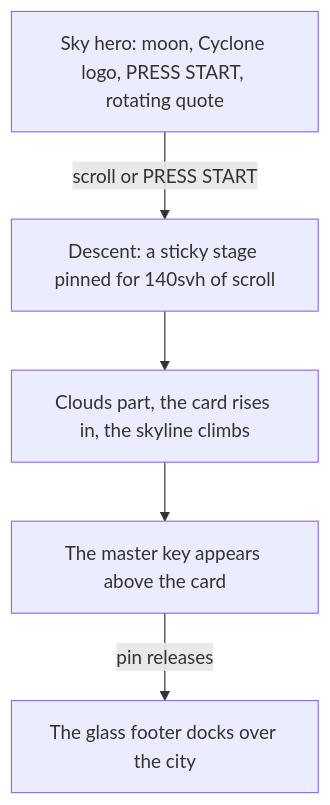
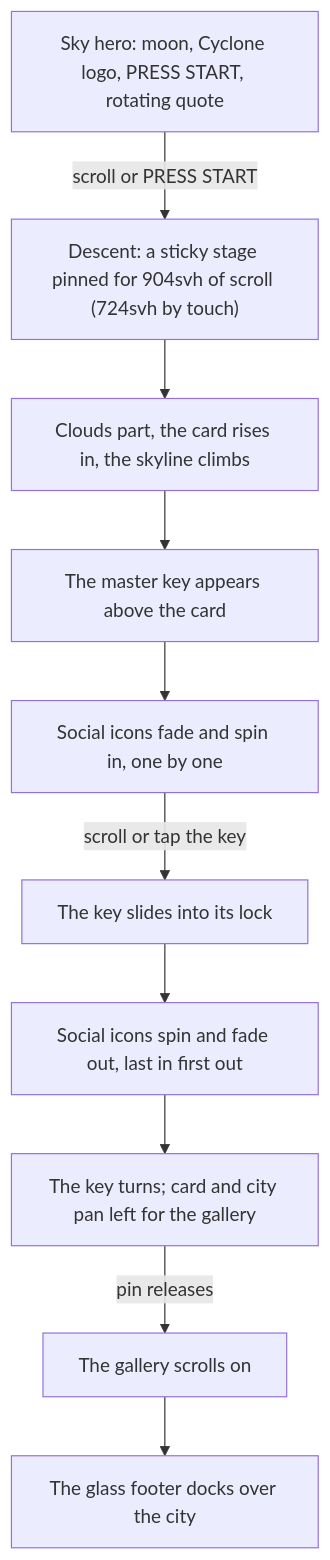
Before and after one commit to JohnKeysCloud/jkc: the diagram in README.md, drawn with Mermaid. The commit also changed other lines of this file, not shown here.

First line of the commit message:
docs: main - document the pan, chase, and score

````diff
--- a/README.md
+++ b/README.md
@@ -18,12 +18,22 @@
 ```mermaid
 flowchart TD
   sky["Sky hero: moon, Cyclone logo, PRESS START, rotating quote"]
-  descent["Descent: a sticky stage pinned for 140svh of scroll"]
+  descent["Descent: a sticky stage pinned for 904svh of scroll (724svh by touch)"]
   part["Clouds part, the card rises in, the skyline climbs"]
   key["The master key appears above the card"]
+  socials["Social icons fade and spin in, one by one"]
+  insert["The key slides into its lock"]
+  leave["Social icons spin and fade out, last in first out"]
+  pan["The key turns; card and city pan left for the gallery"]
+  gallery["The gallery scrolls on"]
   dock["The glass footer docks over the city"]
   sky -->|"scroll or PRESS START"| descent
   descent --> part
   part --> key
-  key -->|"pin releases"| dock
+  key --> socials
+  socials -->|"scroll or tap the key"| insert
+  insert --> leave
+  leave --> pan
+  pan -->|"pin releases"| gallery
+  gallery --> dock
 ```
````
